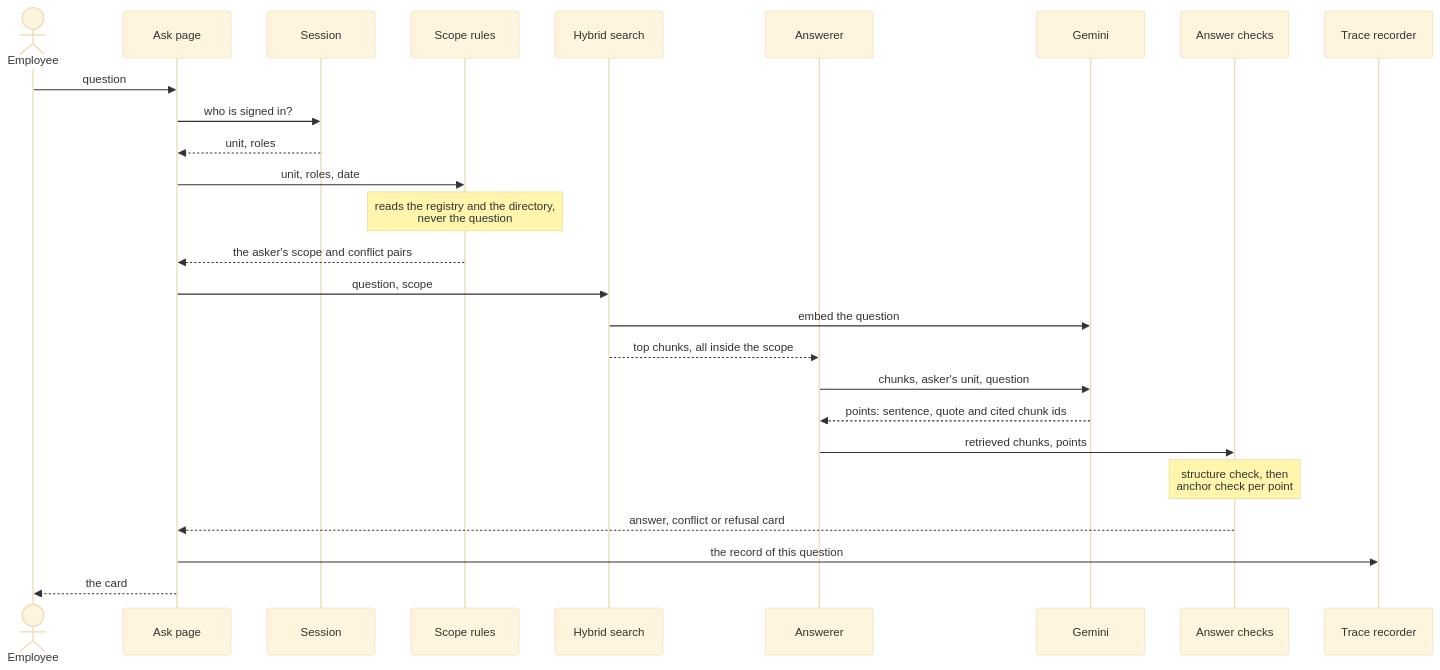
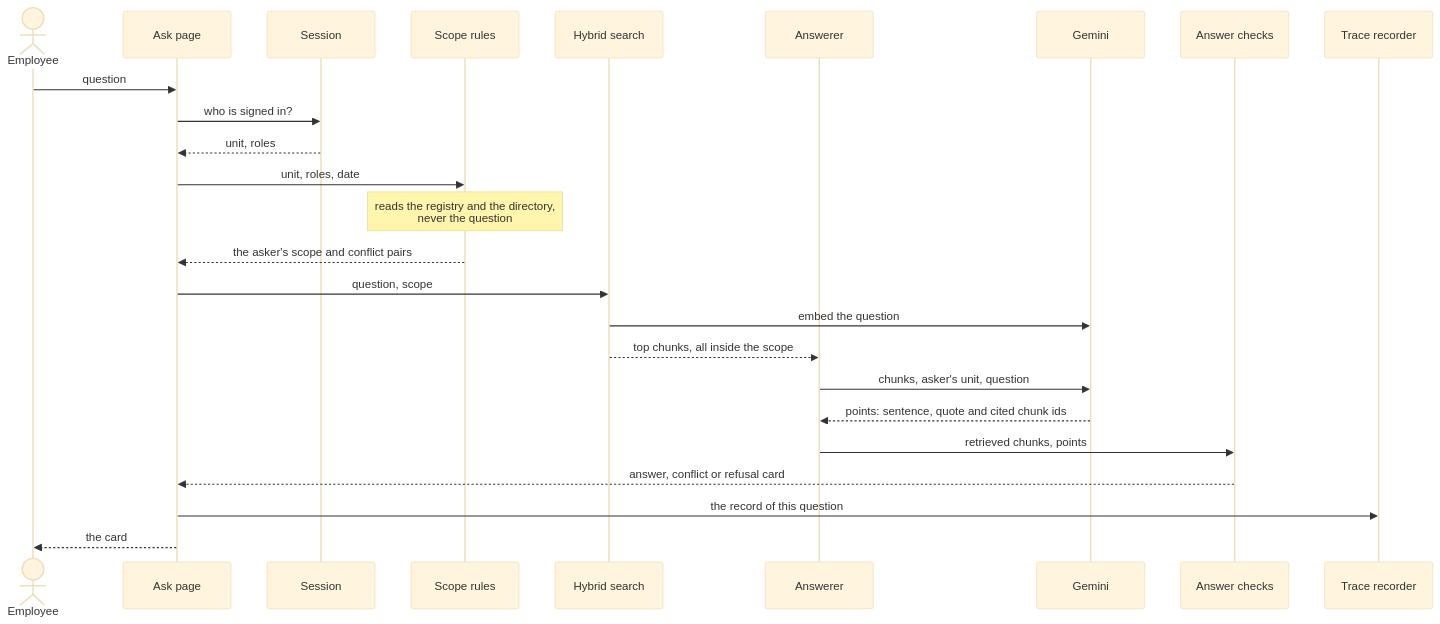
One commit to Park-Hip/next-gen-2026 changed the fourth of 7 diagrams in docs/system_design.md. Above: the diagram before and after it, drawn with Mermaid (base theme). The commit also changed other lines of this file, not shown here.

Commit message:
System design: drop the anchor check; shorten the employee flowchart labels

````diff
--- a/docs/system_design.md
+++ b/docs/system_design.md
@@ -252,29 +254,28 @@
 ```mermaid
 sequenceDiagram
     actor E as Employee
     participant P as Ask page
     participant S as Session
     participant R as Scope rules
     participant H as Hybrid search
     participant A as Answerer
     participant G as Gemini
     participant C as Answer checks
     participant T as Trace recorder
 
     E->>P: question
     P->>S: who is signed in?
     S-->>P: unit, roles
     P->>R: unit, roles, date
     Note over R: reads the registry and the directory,<br/>never the question
     R-->>P: the asker's scope and conflict pairs
     P->>H: question, scope
     H->>G: embed the question
     H-->>A: top chunks, all inside the scope
     A->>G: chunks, asker's unit, question
     G-->>A: points: sentence, quote and cited chunk ids
     A->>C: retrieved chunks, points
-    Note over C: structure check, then<br/>anchor check per point
     C-->>P: answer, conflict or refusal card
     P->>T: the record of this question
     P-->>E: the card
 ```
````
